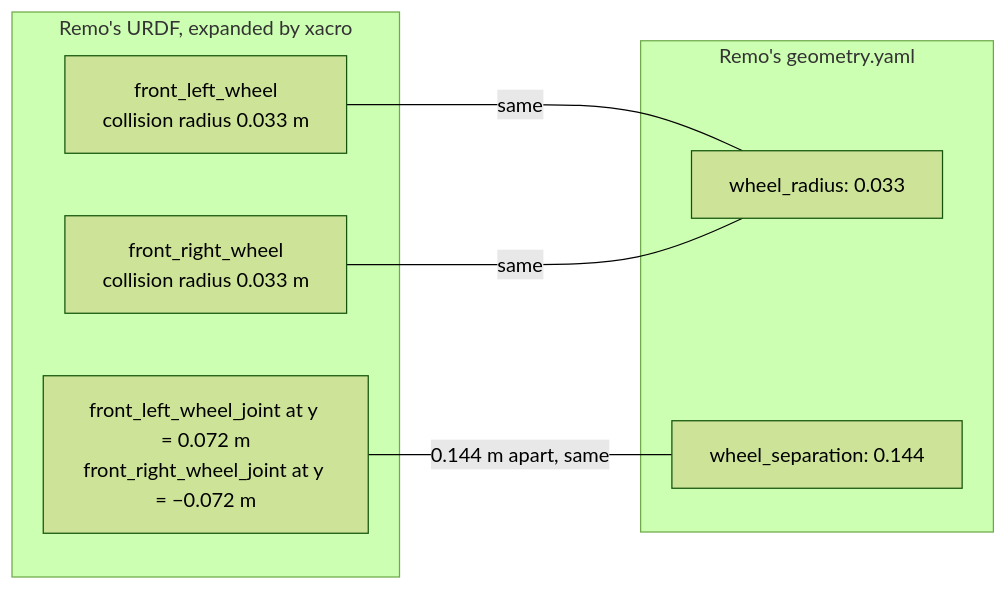
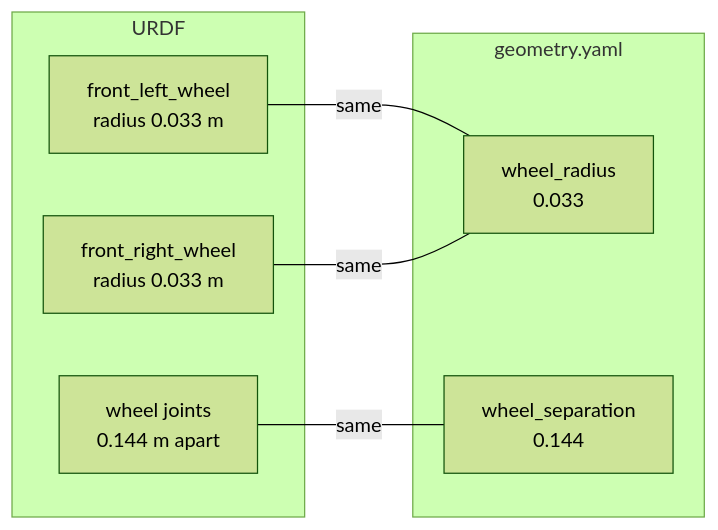
The diagram in docs/development/ci.md (ros-mobile-robots/ros-mobile-robots.github.io), drawn with Mermaid (forest theme) before and after one commit. The commit also changed other lines of this file, not shown here.

Commit message:
Testing and CI: a compact comparison figure that's readable on a phone

````diff
--- a/docs/development/ci.md
+++ b/docs/development/ci.md
@@ -45,15 +45,15 @@
 ```mermaid
 graph LR
-  subgraph urdf [Remo's URDF, expanded by xacro]
-    RL["front_left_wheel<br>collision radius 0.033 m"]
-    RR["front_right_wheel<br>collision radius 0.033 m"]
-    J["front_left_wheel_joint at y = 0.072 m<br>front_right_wheel_joint at y = −0.072 m"]
+  subgraph urdf [URDF]
+    RL["front_left_wheel<br>radius 0.033 m"]
+    RR["front_right_wheel<br>radius 0.033 m"]
+    J["wheel joints<br>0.144 m apart"]
   end
-  subgraph yaml [Remo's geometry.yaml]
-    WR["wheel_radius: 0.033"]
-    WS["wheel_separation: 0.144"]
+  subgraph yaml [geometry.yaml]
+    WR["wheel_radius<br>0.033"]
+    WS["wheel_separation<br>0.144"]
   end
   RL ---|same| WR
   RR ---|same| WR
-  J ---|0.144 m apart, same| WS
+  J ---|same| WS
 ```
````
